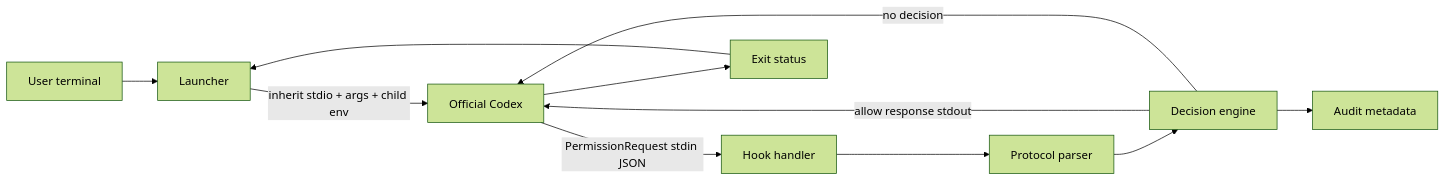
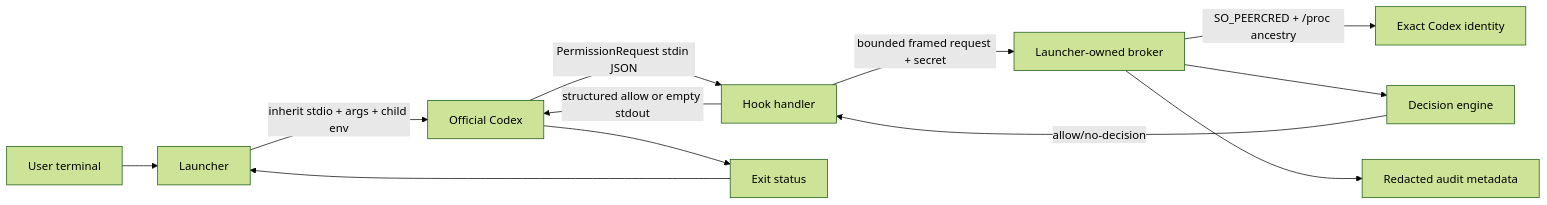
Before and after one commit to slee7286/codex-autoapprover: the first of 2 diagrams in docs/architecture.md, drawn with Mermaid (forest theme). The commit also changed other lines of this file and 31 other files, not shown here.

````diff
--- a/docs/architecture.md
+++ b/docs/architecture.md
@@ -66,13 +68,14 @@
 ```mermaid
 flowchart LR
     U[User terminal] --> L[Launcher]
     L -->|inherit stdio + args + child env| C[Official Codex]
     C -->|PermissionRequest stdin JSON| H[Hook handler]
-    H --> P[Protocol parser]
-    P --> D[Decision engine]
-    D -->|allow response stdout| C
-    D -->|no decision| C
-    D --> A[Audit metadata]
+    H -->|bounded framed request + secret| B[Launcher-owned broker]
+    B -->|SO_PEERCRED + /proc ancestry| I[Exact Codex identity]
+    B --> D[Decision engine]
+    D -->|allow/no-decision| H
+    H -->|structured allow or empty stdout| C
+    B --> A[Redacted audit metadata]
     C --> X[Exit status]
     X --> L
 ```
````
